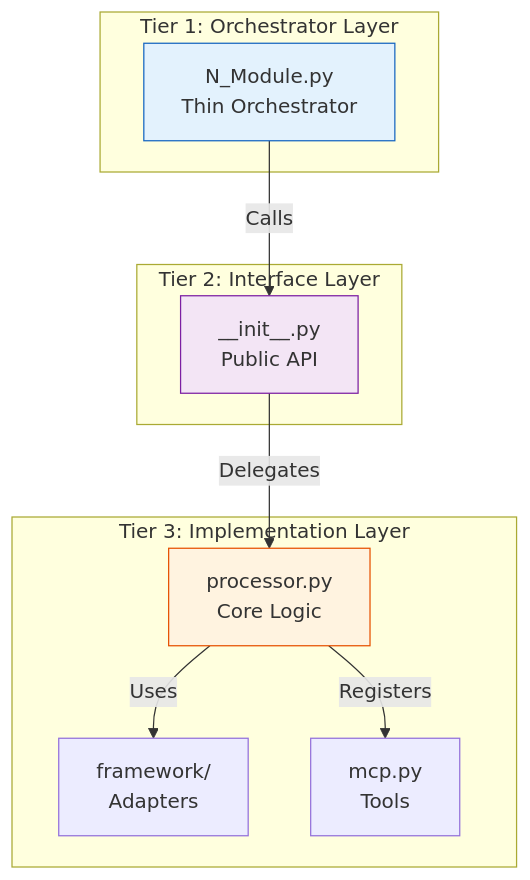
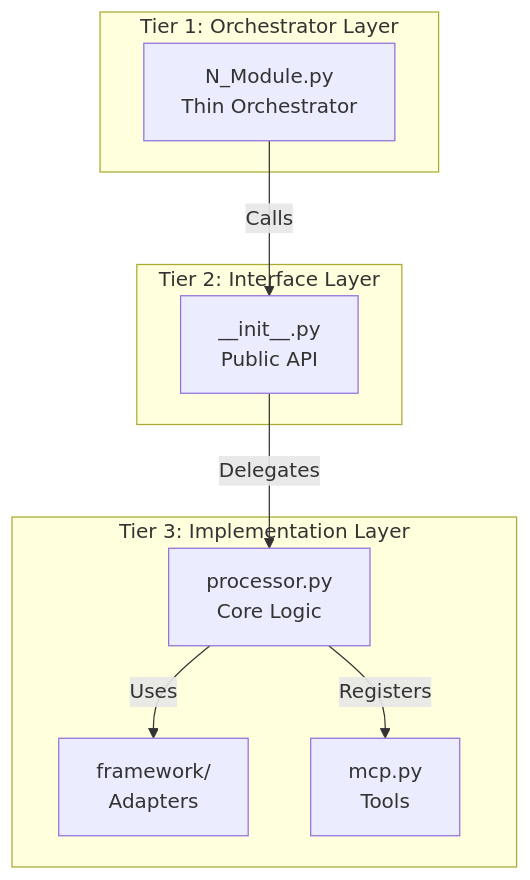
The eighth of 8 diagrams in README.md (ActiveInferenceInstitute/GeneralizedNotationNotation), drawn with Mermaid before and after one commit. The commit also changed other lines of this file and 1038 other files, not shown here.

````diff
--- a/README.md
+++ b/README.md
@@ -641,25 +638,23 @@
 ```mermaid
 graph TB
     subgraph "Tier 1: Orchestrator Layer"
         Script[N_Module.py<br/>Thin Orchestrator]
     end
     
     subgraph "Tier 2: Interface Layer"
         Init[__init__.py<br/>Public API]
     end
     
     subgraph "Tier 3: Implementation Layer"
         Processor[processor.py<br/>Core Logic]
         Framework[framework/<br/>Adapters]
         MCP[mcp.py<br/>Tools]
     end
     
     Script -->|Calls| Init
     Init -->|Delegates| Processor
     Processor -->|Uses| Framework
     Processor -->|Registers| MCP
     
-    style Script fill:#e3f2fd,stroke:#1565c0
-    style Init fill:#f3e5f5,stroke:#7b1fa2
-    style Processor fill:#fff3e0,stroke:#e65100
+    %% styling intentionally omitted (theme-controlled)
 ```
````
